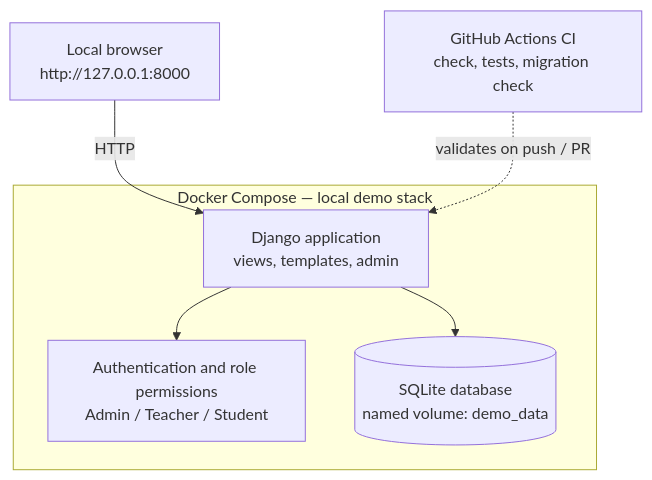
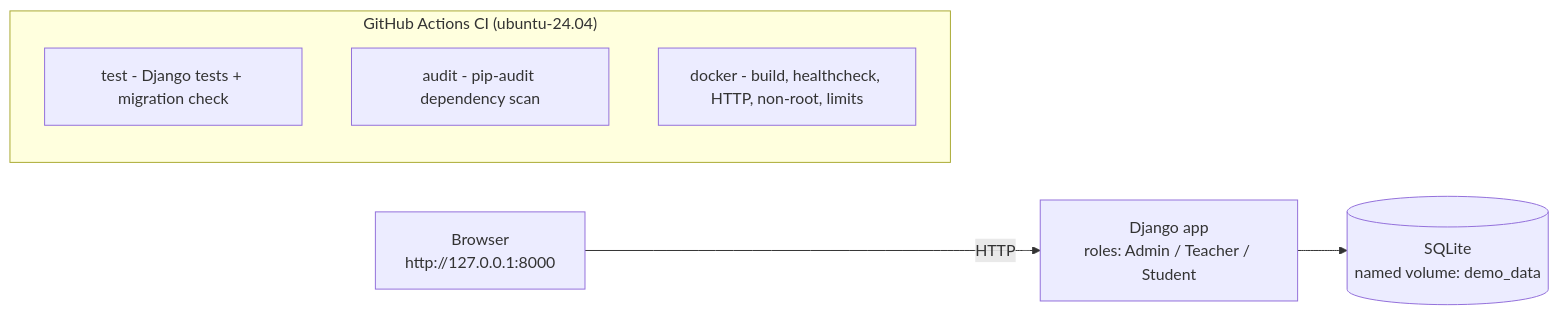
Before and after one commit to MohammadRezaHeydari-se/AG-Learning-Platform-Demo: the diagram in README.md, drawn with Mermaid. The commit also changed other lines of this file, not shown here.

````diff
--- a/README.md
+++ b/README.md
@@ -142,12 +36,12 @@
 ```mermaid
-flowchart TD
-    Browser["Local browser<br/>http://127.0.0.1:8000"] -->|HTTP| Django
+flowchart LR
+    B["Browser<br/>http://127.0.0.1:8000"] -->|HTTP| W["Django app<br/>roles: Admin / Teacher / Student"]
+    W --> DB[("SQLite<br/>named volume: demo_data")]
 
-    subgraph Compose["Docker Compose — local demo stack"]
-        Django["Django application<br/>views, templates, admin"]
-        Django --> Auth["Authentication and role permissions<br/>Admin / Teacher / Student"]
-        Django --> DB[("SQLite database<br/>named volume: demo_data")]
+    subgraph CI["GitHub Actions CI (ubuntu-24.04)"]
+        direction TB
+        T["test - Django tests + migration check"]
+        A["audit - pip-audit dependency scan"]
+        D["docker - build, healthcheck, HTTP, non-root, limits"]
     end
-
-    CI["GitHub Actions CI<br/>check, tests, migration check"] -.->|validates on push / PR| Django
 ```
````
